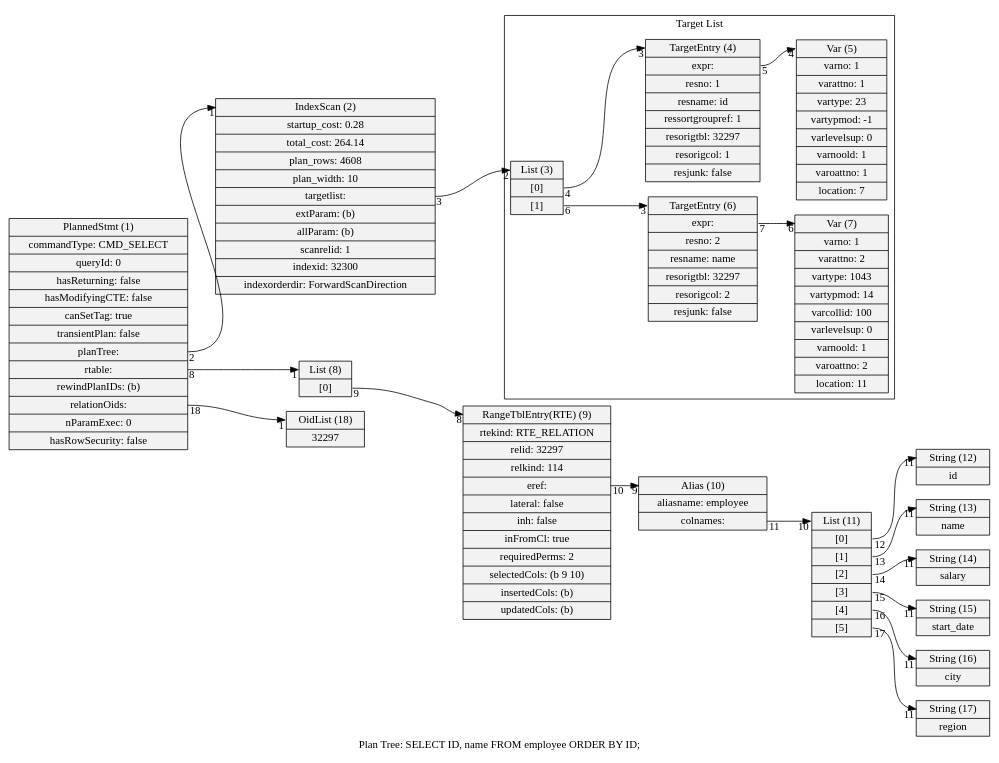
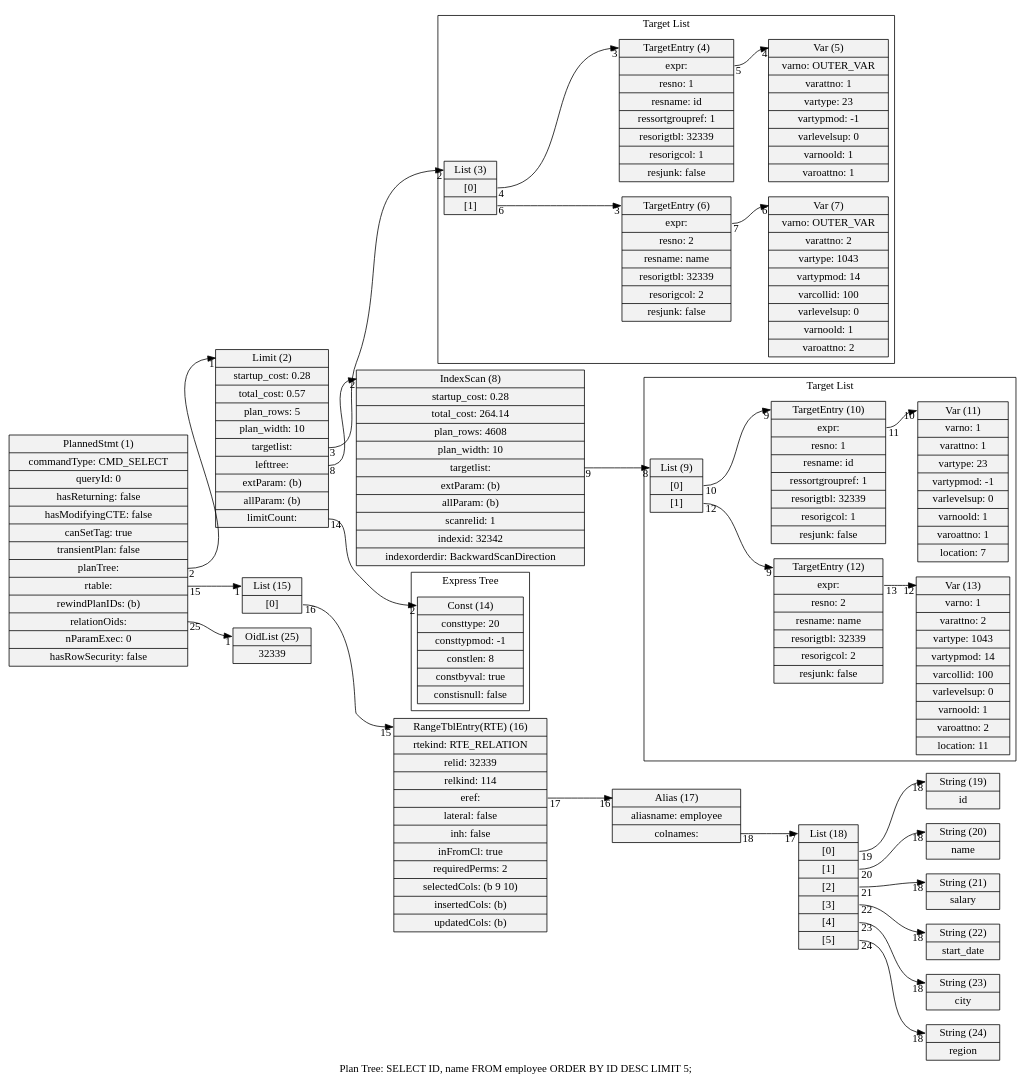
One commit to nminoru/pg_plan_tree_dot changed the diagram in sample/sample-sort2.dot. Above: the diagram before and after it, drawn with Graphviz. The commit also changed 16 other files, not shown here.

```diff
--- a/sample/sample-sort2.dot
+++ b/sample/sample-sort2.dot
@@ -1,47 +1,71 @@
 digraph {
-graph [rankdir = "LR", label = "Plan Tree: SELECT ID, name FROM employee ORDER BY ID;"]
+graph [rankdir = "LR", label = "Plan Tree: SELECT ID, name FROM employee ORDER BY ID DESC LIMIT 5;"]
 node  [shape=record,style=filled,fillcolor=gray95]
 edge  [arrowtail=empty]
-2[label = "<head> IndexScan (2)|startup_cost: 0.28|total_cost: 264.14|plan_rows: 4608|plan_width: 10|<targetlist> targetlist: |extParam: (b)|allParam: (b)|scanrelid: 1|indexid: 32300|indexorderdir: ForwardScanDirection"]
-10[label = "<head> Alias (10)|aliasname: employee|<colnames> colnames: "]
-12[label = "<head> String (12)|id"]
-11[label = "<head> List (11)|<1> [0]|<2> [1]|<3> [2]|<4> [3]|<5> [4]|<6> [5]"]
-13[label = "<head> String (13)|name"]
-14[label = "<head> String (14)|salary"]
-15[label = "<head> String (15)|start_date"]
-16[label = "<head> String (16)|city"]
-17[label = "<head> String (17)|region"]
-9[label = "<head> RangeTblEntry(RTE) (9)|rtekind: RTE_RELATION|relid: 32297|relkind: 114|<eref> eref: |lateral: false|inh: false|inFromCl: true|requiredPerms: 2|selectedCols: (b 9 10)|insertedCols: (b)|updatedCols: (b)"]
-8[label = "<head> List (8)|<1> [0]"]
-18[label = "<head> OidList (18)|32297 "]
+16[label = "<head> RangeTblEntry(RTE) (16)|rtekind: RTE_RELATION|relid: 32339|relkind: 114|<eref> eref: |lateral: false|inh: false|inFromCl: true|requiredPerms: 2|selectedCols: (b 9 10)|insertedCols: (b)|updatedCols: (b)"]
+17[label = "<head> Alias (17)|aliasname: employee|<colnames> colnames: "]
+8[label = "<head> IndexScan (8)|startup_cost: 0.28|total_cost: 264.14|plan_rows: 4608|plan_width: 10|<targetlist> targetlist: |extParam: (b)|allParam: (b)|scanrelid: 1|indexid: 32342|indexorderdir: BackwardScanDirection"]
+19[label = "<head> String (19)|id"]
+18[label = "<head> List (18)|<1> [0]|<2> [1]|<3> [2]|<4> [3]|<5> [4]|<6> [5]"]
+20[label = "<head> String (20)|name"]
+21[label = "<head> String (21)|salary"]
+22[label = "<head> String (22)|start_date"]
+23[label = "<head> String (23)|city"]
+24[label = "<head> String (24)|region"]
+2[label = "<head> Limit (2)|startup_cost: 0.28|total_cost: 0.57|plan_rows: 5|plan_width: 10|<targetlist> targetlist: |<lefttree> lefttree: |extParam: (b)|allParam: (b)|<limitCount> limitCount: "]
+15[label = "<head> List (15)|<1> [0]"]
+25[label = "<head> OidList (25)|32339 "]
 1[label = "<head> PlannedStmt (1)|commandType: CMD_SELECT|queryId: 0|hasReturning: false|hasModifyingCTE: false|canSetTag: true|transientPlan: false|<planTree> planTree: |<rtable> rtable: |rewindPlanIDs: (b)|<relationOids> relationOids: |nParamExec: 0|hasRowSecurity: false"]
 
+16:eref -> 17:head [headlabel = "16", taillabel = "17"]
+17:colnames -> 18:head [headlabel = "17", taillabel = "18"]
+8:targetlist -> 9:head [headlabel = "8", taillabel = "9"]
+18:1 -> 19:head [headlabel = "18", taillabel = "19"]
+18:2 -> 20:head [headlabel = "18", taillabel = "20"]
+18:3 -> 21:head [headlabel = "18", taillabel = "21"]
+18:4 -> 22:head [headlabel = "18", taillabel = "22"]
+18:5 -> 23:head [headlabel = "18", taillabel = "23"]
+18:6 -> 24:head [headlabel = "18", taillabel = "24"]
+2:lefttree -> 8:head [headlabel = "2", taillabel = "8"]
+2:limitCount -> 14:head [headlabel = "2", taillabel = "14"]
 2:targetlist -> 3:head [headlabel = "2", taillabel = "3"]
-10:colnames -> 11:head [headlabel = "10", taillabel = "11"]
-11:1 -> 12:head [headlabel = "11", taillabel = "12"]
-11:2 -> 13:head [headlabel = "11", taillabel = "13"]
-11:3 -> 14:head [headlabel = "11", taillabel = "14"]
-11:4 -> 15:head [headlabel = "11", taillabel = "15"]
-11:5 -> 16:head [headlabel = "11", taillabel = "16"]
-11:6 -> 17:head [headlabel = "11", taillabel = "17"]
-9:eref -> 10:head [headlabel = "9", taillabel = "10"]
-8:1 -> 9:head [headlabel = "8", taillabel = "9"]
+15:1 -> 16:head [headlabel = "15", taillabel = "16"]
 1:planTree -> 2:head [headlabel = "1", taillabel = "2"]
-1:rtable -> 8:head [headlabel = "1", taillabel = "8"]
-1:relationOids -> 18:head [headlabel = "1", taillabel = "18"]
+1:rtable -> 15:head [headlabel = "1", taillabel = "15"]
+1:relationOids -> 25:head [headlabel = "1", taillabel = "25"]
 
 subgraph cluster_0 {
 	label = "Target List";
-	4[label = "<head> TargetEntry (4)|<expr> expr: |resno: 1|resname: id|ressortgroupref: 1|resorigtbl: 32297|resorigcol: 1|resjunk: false"]
-	7[label = "<head> Var (7)|varno: 1|varattno: 2|vartype: 1043|vartypmod: 14|varcollid: 100|varlevelsup: 0|varnoold: 1|varoattno: 2|location: 11"]
-	6[label = "<head> TargetEntry (6)|<expr> expr: |resno: 2|resname: name|resorigtbl: 32297|resorigcol: 2|resjunk: false"]
-	5[label = "<head> Var (5)|varno: 1|varattno: 1|vartype: 23|vartypmod: -1|varlevelsup: 0|varnoold: 1|varoattno: 1|location: 7"]
+	10[label = "<head> TargetEntry (10)|<expr> expr: |resno: 1|resname: id|ressortgroupref: 1|resorigtbl: 32339|resorigcol: 1|resjunk: false"]
+	11[label = "<head> Var (11)|varno: 1|varattno: 1|vartype: 23|vartypmod: -1|varlevelsup: 0|varnoold: 1|varoattno: 1|location: 7"]
+	9[label = "<head> List (9)|<1> [0]|<2> [1]"]
+	12[label = "<head> TargetEntry (12)|<expr> expr: |resno: 2|resname: name|resorigtbl: 32339|resorigcol: 2|resjunk: false"]
+	13[label = "<head> Var (13)|varno: 1|varattno: 2|vartype: 1043|vartypmod: 14|varcollid: 100|varlevelsup: 0|varnoold: 1|varoattno: 2|location: 11"]
+
+	10:expr -> 11:head [headlabel = "10", taillabel = "11"]
+	9:1 -> 10:head [headlabel = "9", taillabel = "10"]
+	9:2 -> 12:head [headlabel = "9", taillabel = "12"]
+	12:expr -> 13:head [headlabel = "12", taillabel = "13"]
+}
+
+subgraph cluster_1 {
+	label = "Express Tree";
+	14[label = "<head> Const (14)|consttype: 20|consttypmod: -1|constlen: 8|constbyval: true|constisnull: false"]
+
+}
+
+subgraph cluster_2 {
+	label = "Target List";
+	5[label = "<head> Var (5)|varno: OUTER_VAR|varattno: 1|vartype: 23|vartypmod: -1|varlevelsup: 0|varnoold: 1|varoattno: 1"]
+	4[label = "<head> TargetEntry (4)|<expr> expr: |resno: 1|resname: id|ressortgroupref: 1|resorigtbl: 32339|resorigcol: 1|resjunk: false"]
 	3[label = "<head> List (3)|<1> [0]|<2> [1]"]
+	7[label = "<head> Var (7)|varno: OUTER_VAR|varattno: 2|vartype: 1043|vartypmod: 14|varcollid: 100|varlevelsup: 0|varnoold: 1|varoattno: 2"]
+	6[label = "<head> TargetEntry (6)|<expr> expr: |resno: 2|resname: name|resorigtbl: 32339|resorigcol: 2|resjunk: false"]
 
 	4:expr -> 5:head [headlabel = "4", taillabel = "5"]
-	6:expr -> 7:head [headlabel = "6", taillabel = "7"]
 	3:1 -> 4:head [headlabel = "3", taillabel = "4"]
 	3:2 -> 6:head [headlabel = "3", taillabel = "6"]
+	6:expr -> 7:head [headlabel = "6", taillabel = "7"]
 }
 
 }
```
